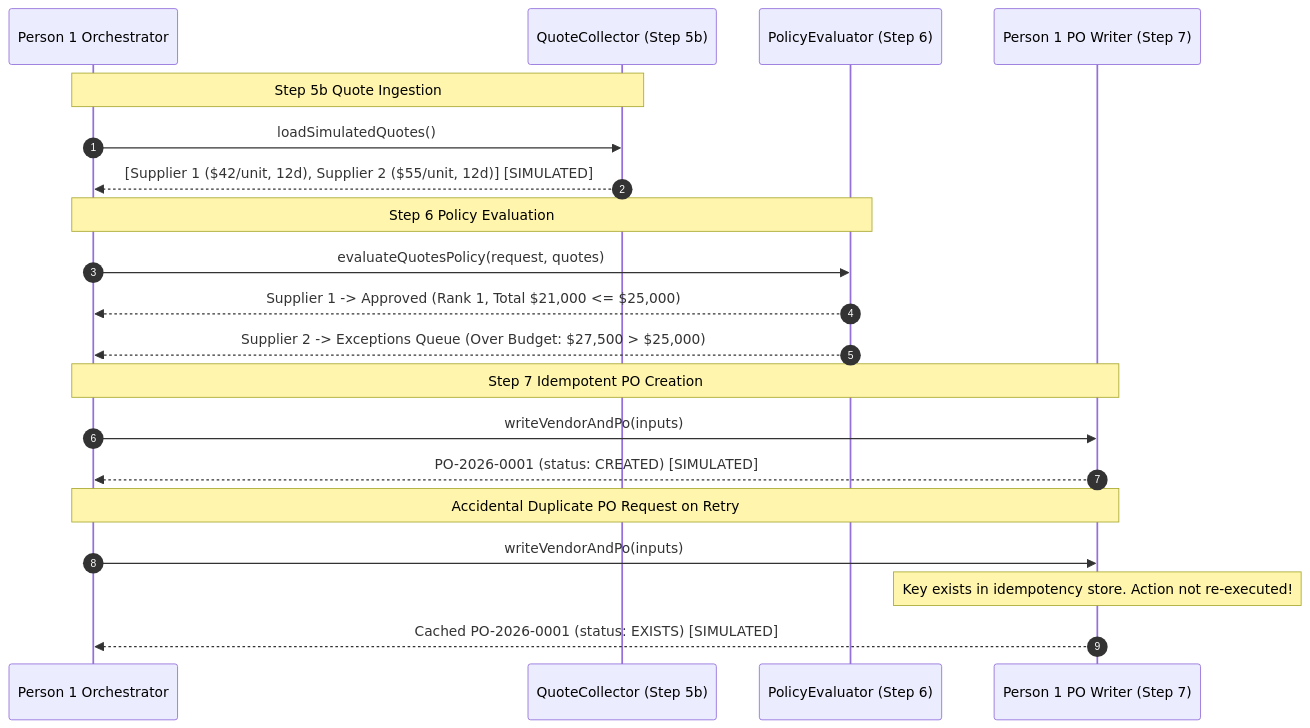
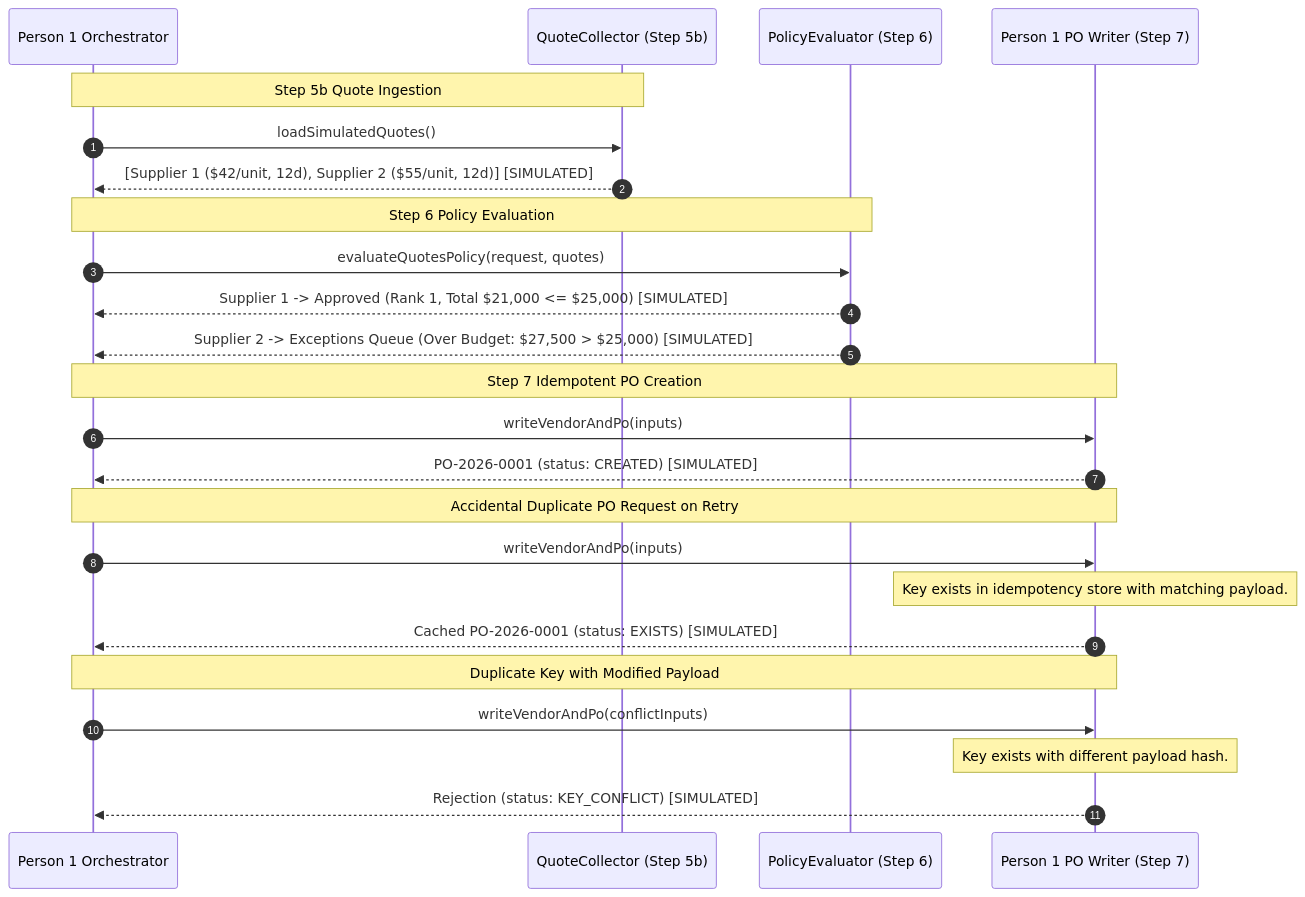
One commit to bratadeepsarkar123/crustdata-hackathon-2026 changed the second of 2 diagrams in docs/workflow_diagram.md. Above: the diagram before and after it, drawn with Mermaid. The commit also changed other lines of this file and 4 other files, not shown here.

````diff
--- a/docs/workflow_diagram.md
+++ b/docs/workflow_diagram.md
@@ -44,26 +46,31 @@
 ```mermaid
 sequenceDiagram
     autonumber
     participant Orch as Person 1 Orchestrator
     participant QC as QuoteCollector (Step 5b)
     participant PE as PolicyEvaluator (Step 6)
     participant PO as Person 1 PO Writer (Step 7)
 
     Note over Orch, QC: Step 5b Quote Ingestion
     Orch->>QC: loadSimulatedQuotes()
     QC-->>Orch: [Supplier 1 ($42/unit, 12d), Supplier 2 ($55/unit, 12d)] [SIMULATED]
 
     Note over Orch, PE: Step 6 Policy Evaluation
     Orch->>PE: evaluateQuotesPolicy(request, quotes)
-    PE-->>Orch: Supplier 1 -> Approved (Rank 1, Total $21,000 <= $25,000)
-    PE-->>Orch: Supplier 2 -> Exceptions Queue (Over Budget: $27,500 > $25,000)
+    PE-->>Orch: Supplier 1 -> Approved (Rank 1, Total $21,000 <= $25,000) [SIMULATED]
+    PE-->>Orch: Supplier 2 -> Exceptions Queue (Over Budget: $27,500 > $25,000) [SIMULATED]
 
     Note over Orch, PO: Step 7 Idempotent PO Creation
     Orch->>PO: writeVendorAndPo(inputs)
     PO-->>Orch: PO-2026-0001 (status: CREATED) [SIMULATED]
 
     Note over Orch, PO: Accidental Duplicate PO Request on Retry
     Orch->>PO: writeVendorAndPo(inputs)
-    Note over PO: Key exists in idempotency store. Action not re-executed!
+    Note over PO: Key exists in idempotency store with matching payload.
     PO-->>Orch: Cached PO-2026-0001 (status: EXISTS) [SIMULATED]
+
+    Note over Orch, PO: Duplicate Key with Modified Payload
+    Orch->>PO: writeVendorAndPo(conflictInputs)
+    Note over PO: Key exists with different payload hash.
+    PO-->>Orch: Rejection (status: KEY_CONFLICT) [SIMULATED]
 ```
````
